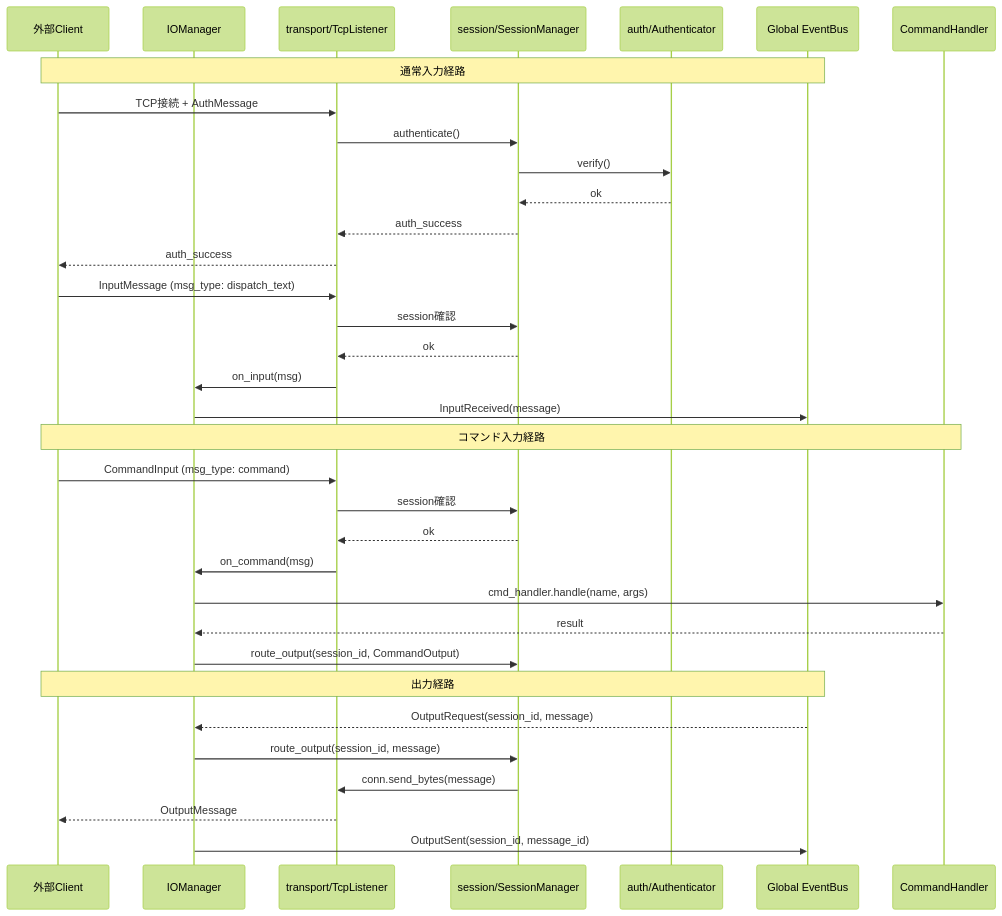
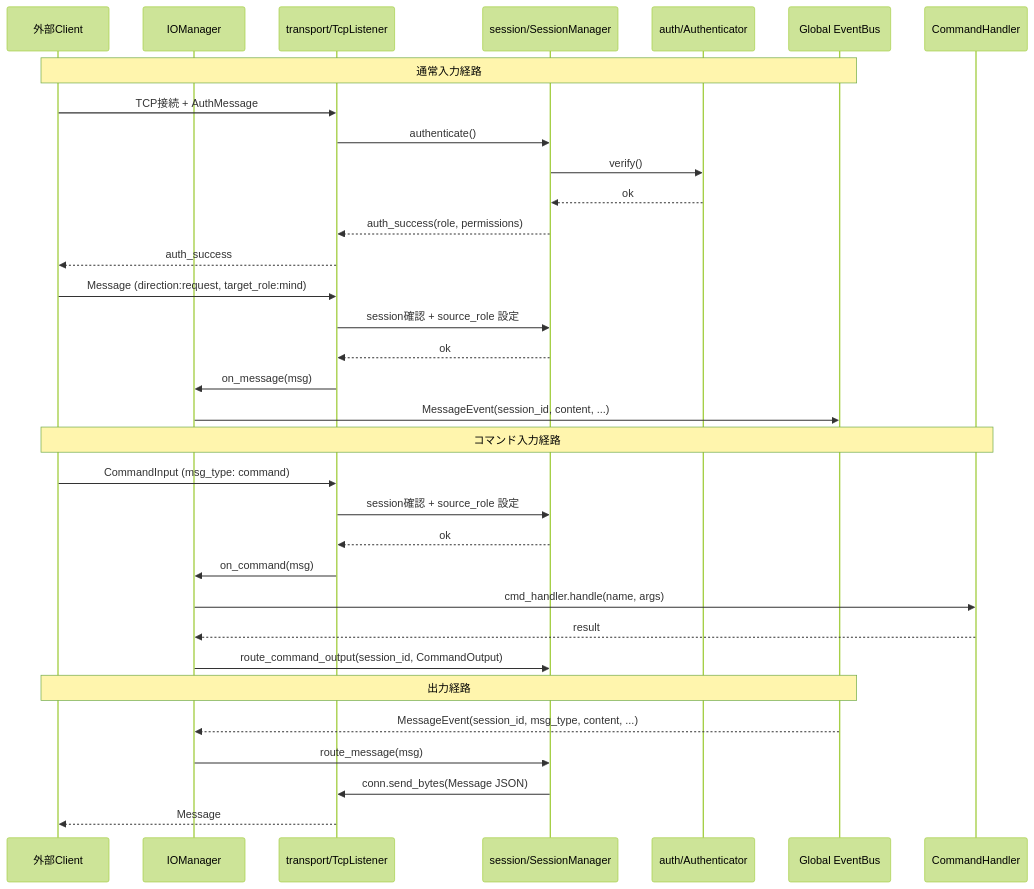
The diagram in docs/io-layer.md (ibukani/iris-mind), drawn with Mermaid (forest theme) before and after one commit. The commit also changed other lines of this file and 22 other files, not shown here.

````diff
--- a/docs/io-layer.md
+++ b/docs/io-layer.md
@@ -58,43 +54,42 @@
 ```mermaid
 sequenceDiagram
     participant TCP as 外部Client
     participant IO as IOManager
     participant TRANS as transport/TcpListener
     participant SESS as session/SessionManager
     participant AUTH as auth/Authenticator
     participant EB as Global EventBus
     participant CMD as CommandHandler
 
     Note over TCP,EB: 通常入力経路
 
     TCP->>TRANS: TCP接続 + AuthMessage
     TRANS->>SESS: authenticate()
     SESS->>AUTH: verify()
     AUTH-->>SESS: ok
-    SESS-->>TRANS: auth_success
+    SESS-->>TRANS: auth_success(role, permissions)
     TRANS-->>TCP: auth_success
 
-    TCP->>TRANS: InputMessage (msg_type: dispatch_text)
-    TRANS->>SESS: session確認
+    TCP->>TRANS: Message (direction:request, target_role:mind)
+    TRANS->>SESS: session確認 + source_role 設定
     SESS-->>TRANS: ok
-    TRANS->>IO: on_input(msg)
-    IO->>EB: InputReceived(message)
+    TRANS->>IO: on_message(msg)
+    IO->>EB: MessageEvent(session_id, content, ...)
 
     Note over TCP,CMD: コマンド入力経路
 
     TCP->>TRANS: CommandInput (msg_type: command)
-    TRANS->>SESS: session確認
+    TRANS->>SESS: session確認 + source_role 設定
     SESS-->>TRANS: ok
     TRANS->>IO: on_command(msg)
     IO->>CMD: cmd_handler.handle(name, args)
     CMD-->>IO: result
-    IO->>SESS: route_output(session_id, CommandOutput)
+    IO->>SESS: route_command_output(session_id, CommandOutput)
 
     Note over TCP,EB: 出力経路
 
-    EB-->>IO: OutputRequest(session_id, message)
-    IO->>SESS: route_output(session_id, message)
-    SESS->>TRANS: conn.send_bytes(message)
-    TRANS-->>TCP: OutputMessage
-    IO->>EB: OutputSent(session_id, message_id)
+    EB-->>IO: MessageEvent(session_id, msg_type, content, ...)
+    IO->>SESS: route_message(msg)
+    SESS->>TRANS: conn.send_bytes(Message JSON)
+    TRANS-->>TCP: Message
 ```
````
